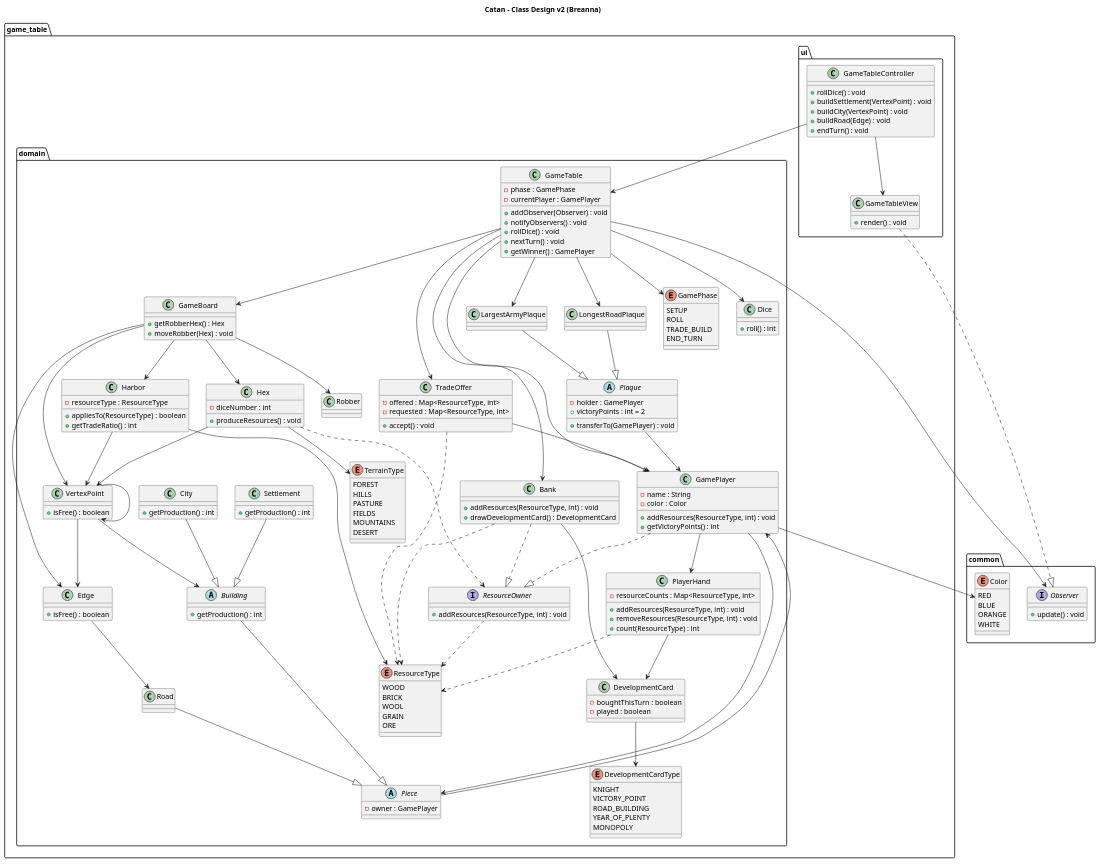
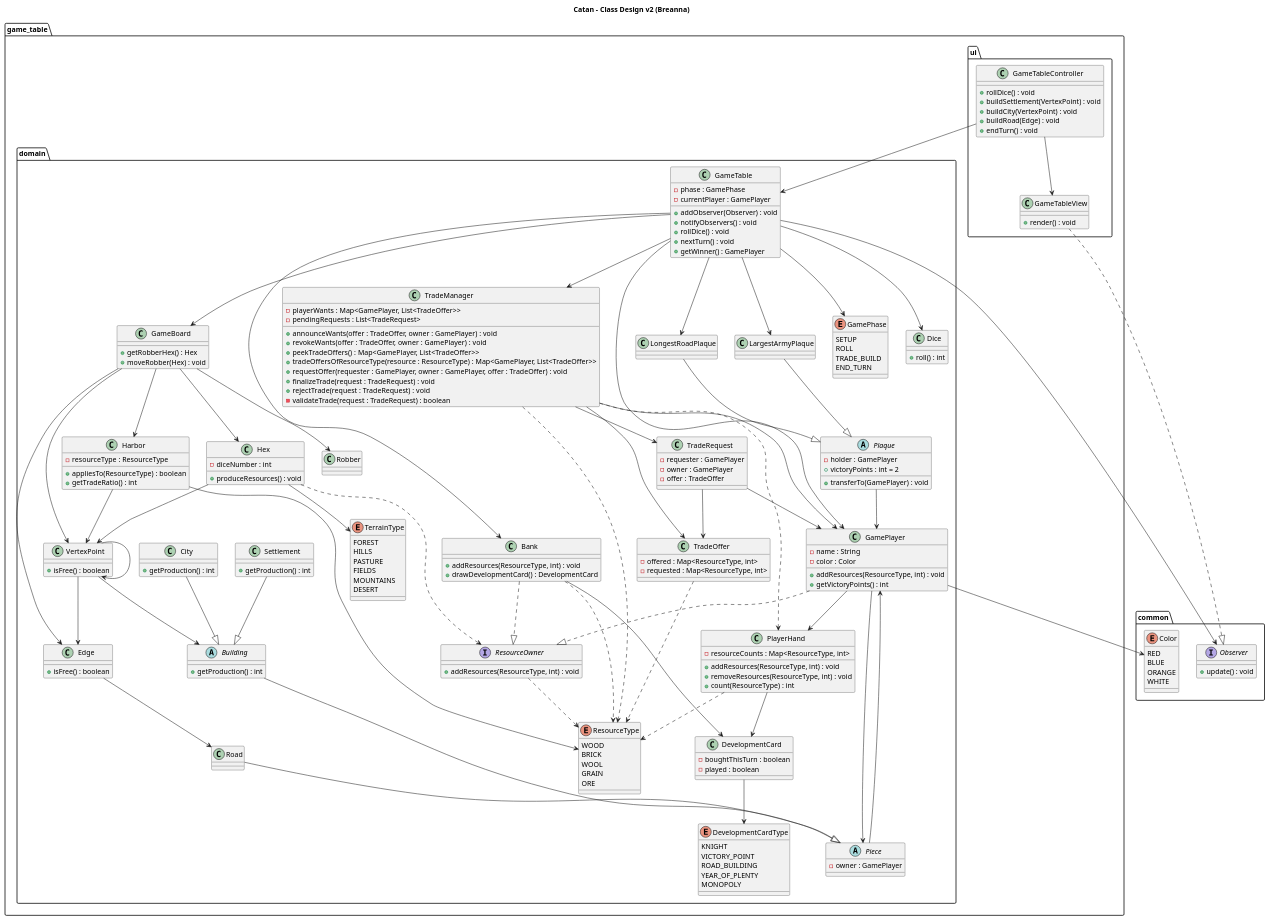
One commit to nu-cs-sqe/cs380-software-quality-engineering-20262701-course-project-group-5 changed the diagram in docs/design/game_table_breanna.puml. Above: the diagram before and after it, drawn with PlantUML.

Commit message:
added TradeManager and TradeRequest classes

```diff
--- a/docs/design/game_table_breanna.puml
+++ b/docs/design/game_table_breanna.puml
@@ -60,7 +60,25 @@
     class TradeOffer {
         -offered : Map<ResourceType, int>
         -requested : Map<ResourceType, int>
-        +accept() : void
+    }
+
+    class TradeManager {
+        -playerWants : Map<GamePlayer, List<TradeOffer>>
+        -pendingRequests : List<TradeRequest>
+        +announceWants(offer : TradeOffer, owner : GamePlayer) : void
+        +revokeWants(offer : TradeOffer, owner : GamePlayer) : void
+        +peekTradeOffers() : Map<GamePlayer, List<TradeOffer>>
+        +tradeOffersOfResourceType(resource : ResourceType) : Map<GamePlayer, List<TradeOffer>>
+        +requestOffer(requester : GamePlayer, owner : GamePlayer, offer : TradeOffer) : void
+        +finalizeTrade(request : TradeRequest) : void
+        +rejectTrade(request : TradeRequest) : void
+        -validateTrade(request : TradeRequest) : boolean
+    }
+
+    class TradeRequest {
+        -requester : GamePlayer
+        -owner : GamePlayer
+        -offer : TradeOffer
     }
 
     interface ResourceOwner {
@@ -190,7 +208,16 @@
 GameTable --> GamePhase
 GameTable --> LongestRoadPlaque
 GameTable --> LargestArmyPlaque
-GameTable --> TradeOffer
+'GameTable --> TradeOffer
+
+GameTable --> TradeManager
+TradeManager --> TradeOffer
+TradeManager --> TradeRequest
+TradeManager --> GamePlayer
+TradeManager ..> ResourceType
+TradeManager ..> PlayerHand
+TradeRequest --> TradeOffer
+TradeRequest --> GamePlayer
 
 GamePlayer ..|> ResourceOwner
 Bank ..|> ResourceOwner
@@ -208,7 +235,7 @@
 
 DevelopmentCard --> DevelopmentCardType
 
-TradeOffer --> GamePlayer
+'TradeOffer --> GamePlayer
 TradeOffer ..> ResourceType
 
 Plaque --> GamePlayer
```
